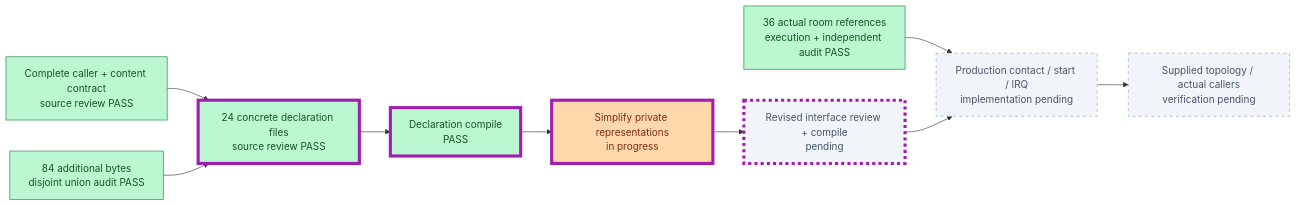
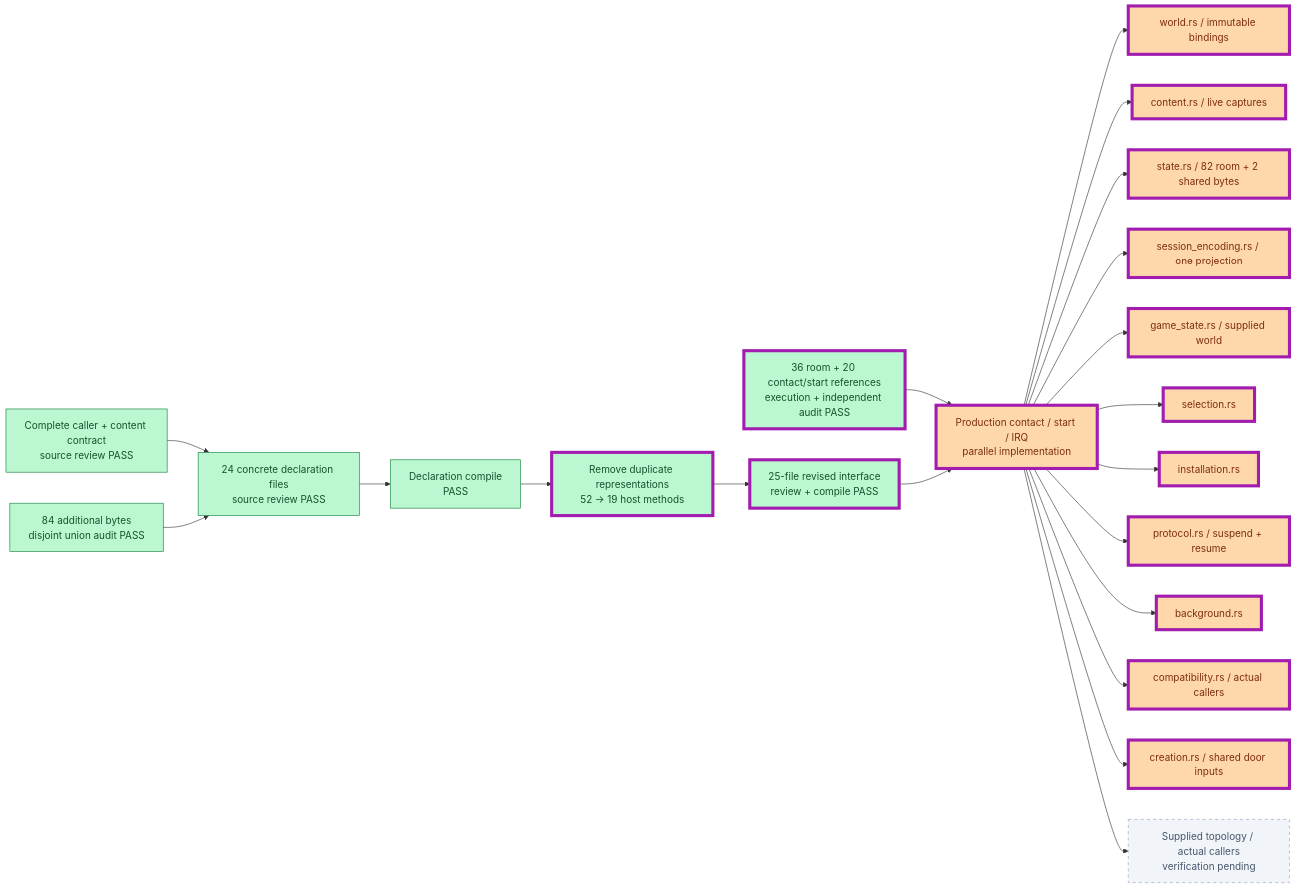
One commit to JimLundin/sm-decomp changed the second of 20 diagrams in PROGRESS.md. Above: the diagram before and after it, drawn with Mermaid. The commit also changed other lines of this file and 1 other file, not shown here.

Commit message:
Start parallel room implementation after simplified interface checks [skip ci]
Docs-only diff/progress checks pass. V2 declarations591d2385 source/size review and metadata compile0.44s PASS;20 contact/start references audited,36 frozen room captures unchanged. Four private implementation lanes authorized with separate verification/mutation workers; complete conservative production cost and retirement scope retained.

````diff
--- a/PROGRESS.md
+++ b/PROGRESS.md
@@ -26,14 +26,25 @@
 ```mermaid
 flowchart LR
     RC["Complete caller + content contract<br/>source review PASS"]:::done --> RD["24 concrete declaration files<br/>source review PASS"]:::done
     RU["84 additional bytes<br/>disjoint union audit PASS"]:::done --> RD
-    RR["36 actual room references<br/>execution + independent audit PASS"]:::done --> RI["Production contact / start / IRQ<br/>implementation pending"]:::pending
-    RD --> RB["Declaration compile<br/>PASS"]:::done --> RS["Simplify private representations<br/>in progress"]:::active
-    RS --> RV["Revised interface review + compile<br/>pending"]:::pending --> RI
+    RR["36 room + 20 contact/start references<br/>execution + independent audit PASS"]:::done --> RI["Production contact / start / IRQ<br/>parallel implementation"]:::active
+    RD --> RB["Declaration compile<br/>PASS"]:::done --> RS["Remove duplicate representations<br/>52 → 19 host methods"]:::done
+    RS --> RV["25-file revised interface<br/>review + compile PASS"]:::done --> RI
+    RI --> RW["world.rs / immutable bindings"]:::active
+    RI --> RCONTENT["content.rs / live captures"]:::active
+    RI --> RSTATE["state.rs / 82 room + 2 shared bytes"]:::active
+    RI --> RCODEC["session_encoding.rs / one projection"]:::active
+    RI --> ROWNER["game_state.rs / supplied world"]:::active
+    RI --> RSELECT["selection.rs"]:::active
+    RI --> RINSTALL["installation.rs"]:::active
+    RI --> RPROTO["protocol.rs / suspend + resume"]:::active
+    RI --> RBG["background.rs"]:::active
+    RI --> RCOMPAT["compatibility.rs / actual callers"]:::active
+    RI --> RPLM["creation.rs / shared door inputs"]:::active
     RI --> RT["Supplied topology / actual callers<br/>verification pending"]:::pending
-    class RD,RB,RS,RV changed
+    class RR,RS,RV,RI,RW,RCONTENT,RSTATE,RCODEC,ROWNER,RSELECT,RINSTALL,RPROTO,RBG,RCOMPAT,RPLM changed
     classDef done fill:#bbf7d0,stroke:#15803d,color:#14532d
     classDef active fill:#fed7aa,stroke:#ea580c,color:#7c2d12
     classDef pending fill:#f1f5f9,stroke:#94a3b8,color:#475569,stroke-dasharray:5 5
     classDef changed stroke:#a21caf,stroke-width:5px
 ```
````
